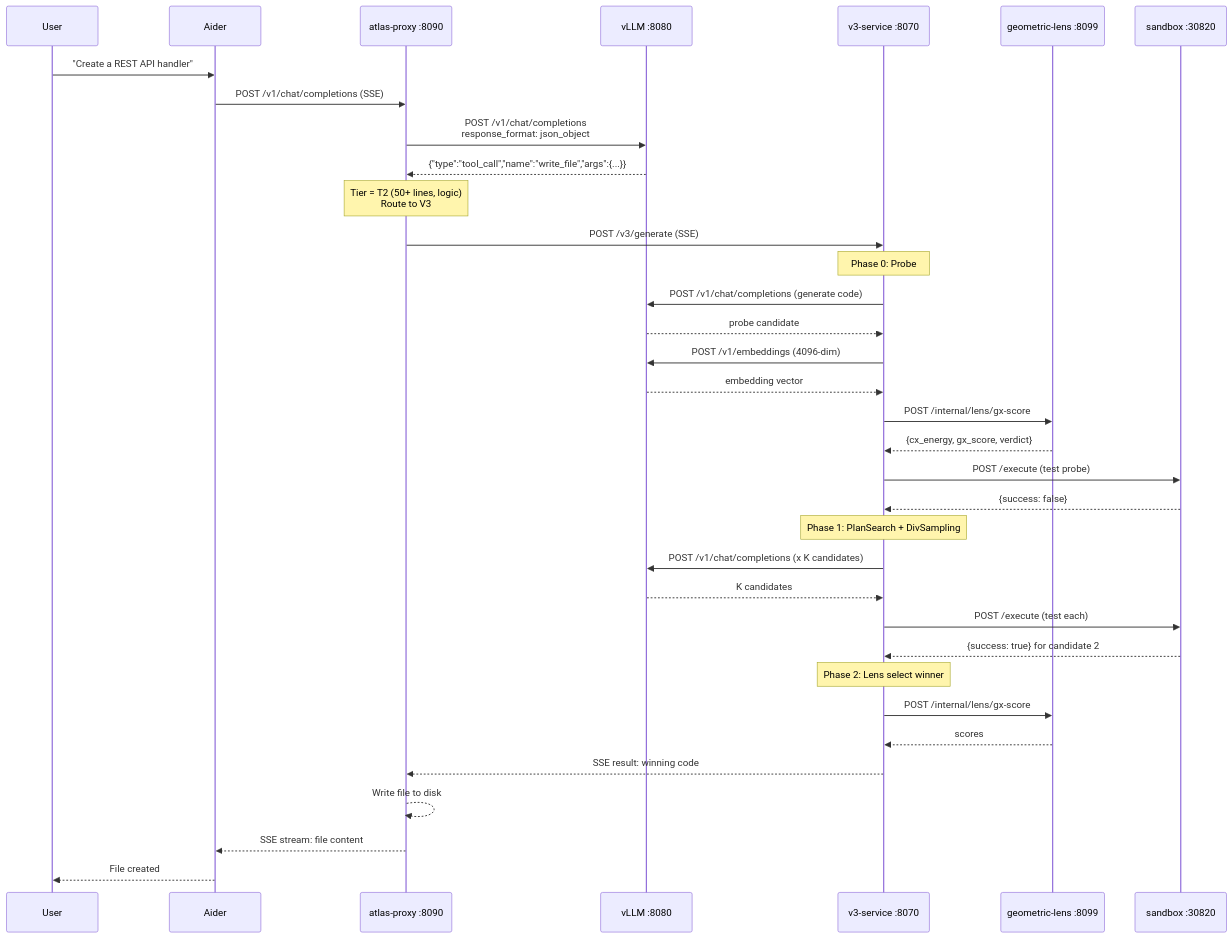
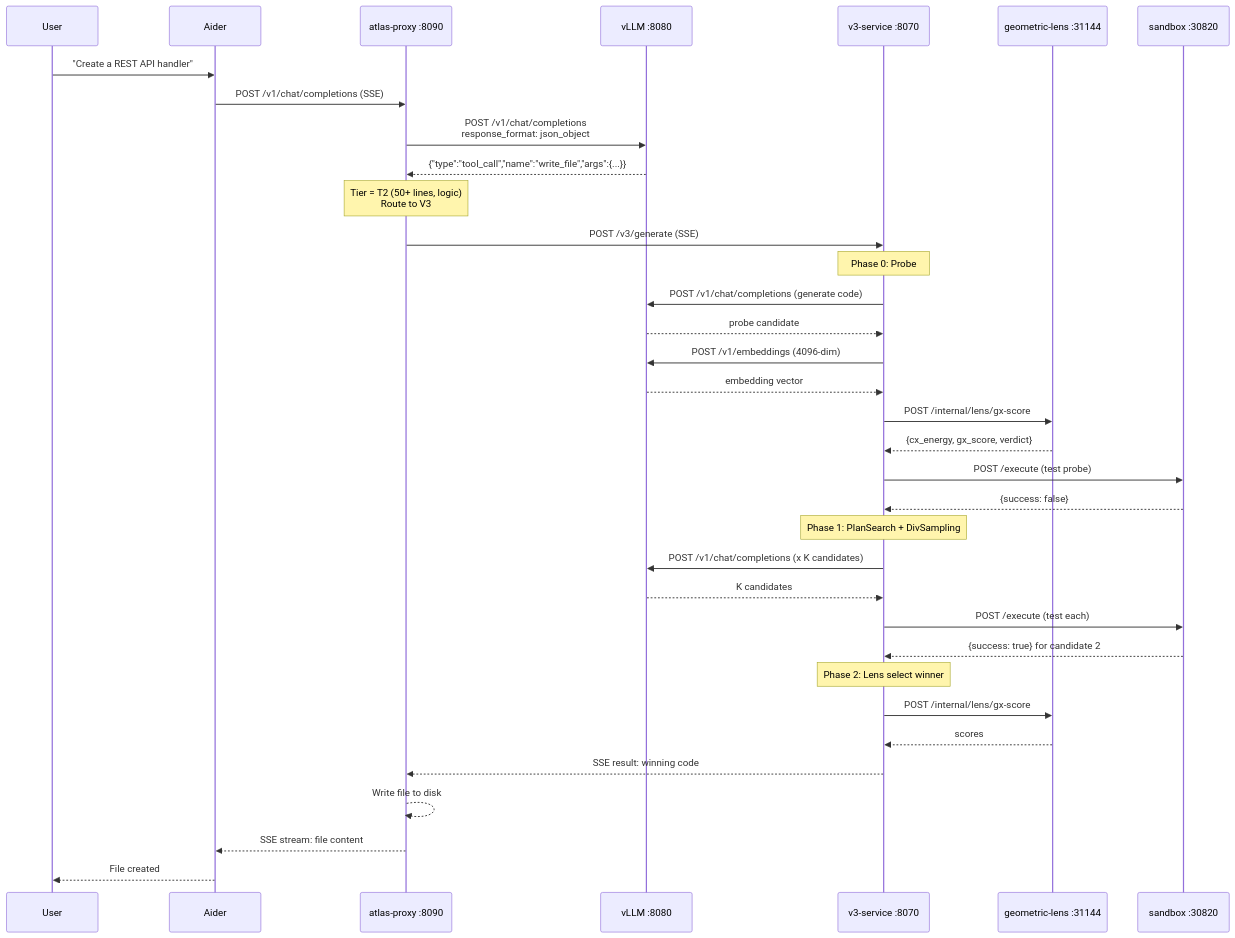
Before and after one commit to itigges22/ATLAS: diagram 12 of 13 in docs/ARCHITECTURE.md, drawn with Mermaid. The commit also changed other lines of this file and 13 other files, not shown here.

````diff
--- a/docs/ARCHITECTURE.md
+++ b/docs/ARCHITECTURE.md
@@ -516,42 +516,42 @@
 ```mermaid
 sequenceDiagram
     participant U as User
     participant A as Aider
     participant P as atlas-proxy :8090
     participant L as vLLM :8080
     participant V as v3-service :8070
-    participant G as geometric-lens :8099
+    participant G as geometric-lens :31144
     participant S as sandbox :30820
 
     U->>A: "Create a REST API handler"
     A->>P: POST /v1/chat/completions (SSE)
     P->>L: POST /v1/chat/completions<br/>response_format: json_object
     L-->>P: {"type":"tool_call","name":"write_file","args":{...}}
     Note over P: Tier = T2 (50+ lines, logic)<br/>Route to V3
 
     P->>V: POST /v3/generate (SSE)
     Note over V: Phase 0: Probe
     V->>L: POST /v1/chat/completions (generate code)
     L-->>V: probe candidate
     V->>L: POST /v1/embeddings (4096-dim)
     L-->>V: embedding vector
     V->>G: POST /internal/lens/gx-score
     G-->>V: {cx_energy, gx_score, verdict}
     V->>S: POST /execute (test probe)
     S-->>V: {success: false}
 
     Note over V: Phase 1: PlanSearch + DivSampling
     V->>L: POST /v1/chat/completions (x K candidates)
     L-->>V: K candidates
     V->>S: POST /execute (test each)
     S-->>V: {success: true} for candidate 2
 
     Note over V: Phase 2: Lens select winner
     V->>G: POST /internal/lens/gx-score
     G-->>V: scores
 
     V-->>P: SSE result: winning code
     P-->>P: Write file to disk
     P-->>A: SSE stream: file content
     A-->>U: File created
 ```
````
